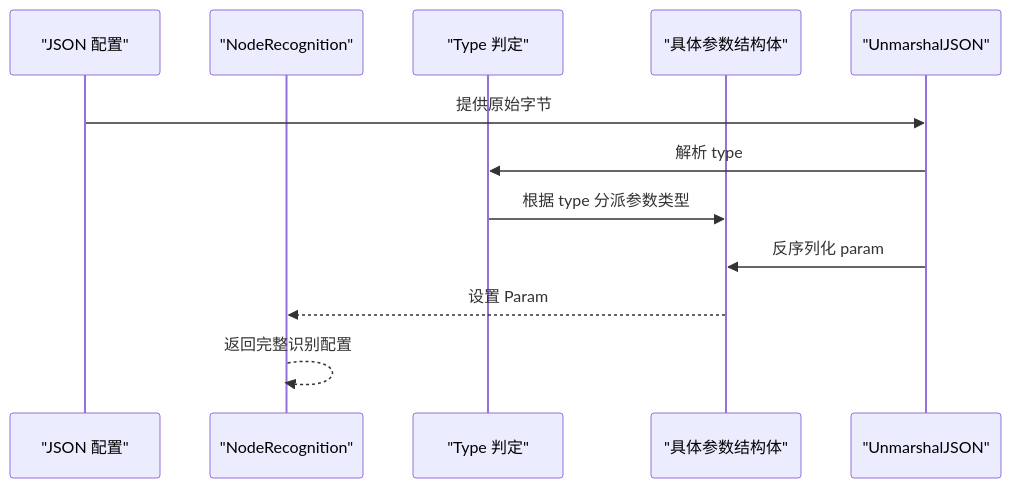
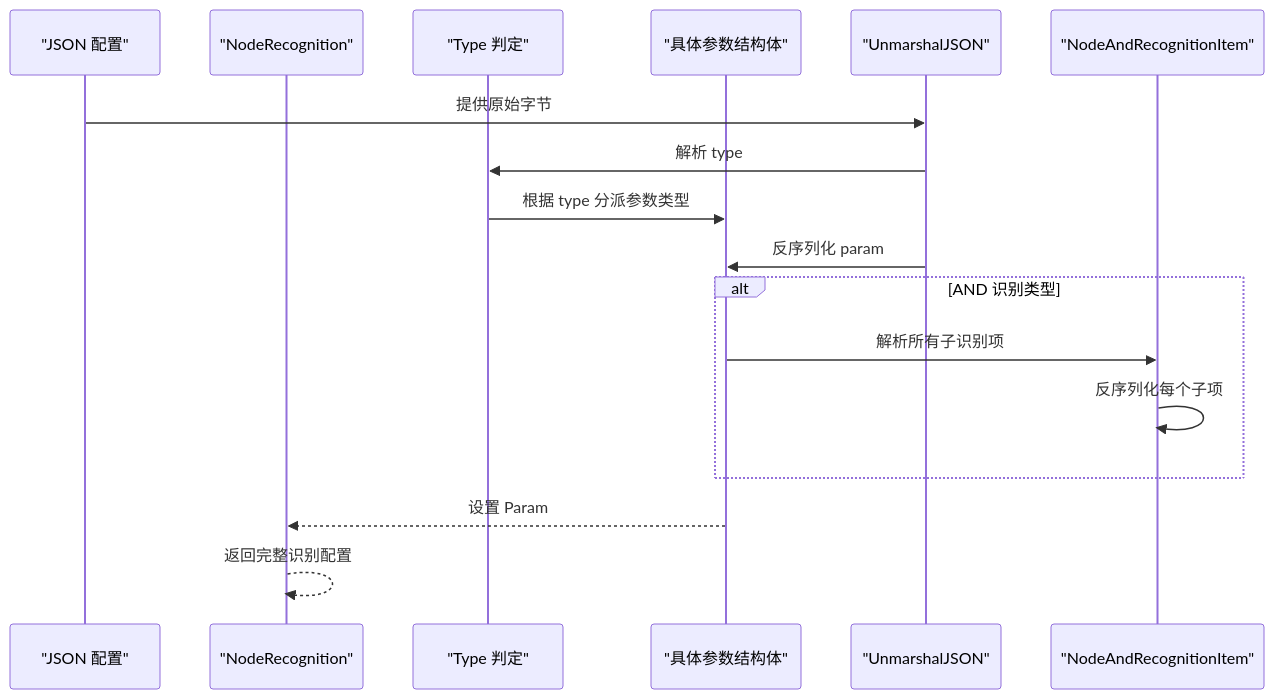
The third of 4 diagrams in instructions/maafw-golang-binding/高级功能/流水线配置/节点结构详解/识别配置详解/识别配置详解.md (kqcoxn/MaaPipelineEditor), drawn with Mermaid before and after one commit. The commit also changed other lines of this file and 7 other files, not shown here.

````diff
--- a/instructions/maafw-golang-binding/高级功能/流水线配置/节点结构详解/识别配置详解/识别配置详解.md
+++ b/instructions/maafw-golang-binding/高级功能/流水线配置/节点结构详解/识别配置详解/识别配置详解.md
@@ -114,14 +137,19 @@
 ```mermaid
 sequenceDiagram
 participant JSON as "JSON 配置"
 participant NR as "NodeRecognition"
 participant T as "Type 判定"
 participant P as "具体参数结构体"
 participant U as "UnmarshalJSON"
+participant AI as "NodeAndRecognitionItem"
 JSON->>U : 提供原始字节
 U->>T : 解析 type
 T->>P : 根据 type 分派参数类型
 U->>P : 反序列化 param
+alt AND 识别类型
+P->>AI : 解析所有子识别项
+AI->>AI : 反序列化每个子项
+end
 P-->>NR : 设置 Param
 NR-->>NR : 返回完整识别配置
 ```
````
